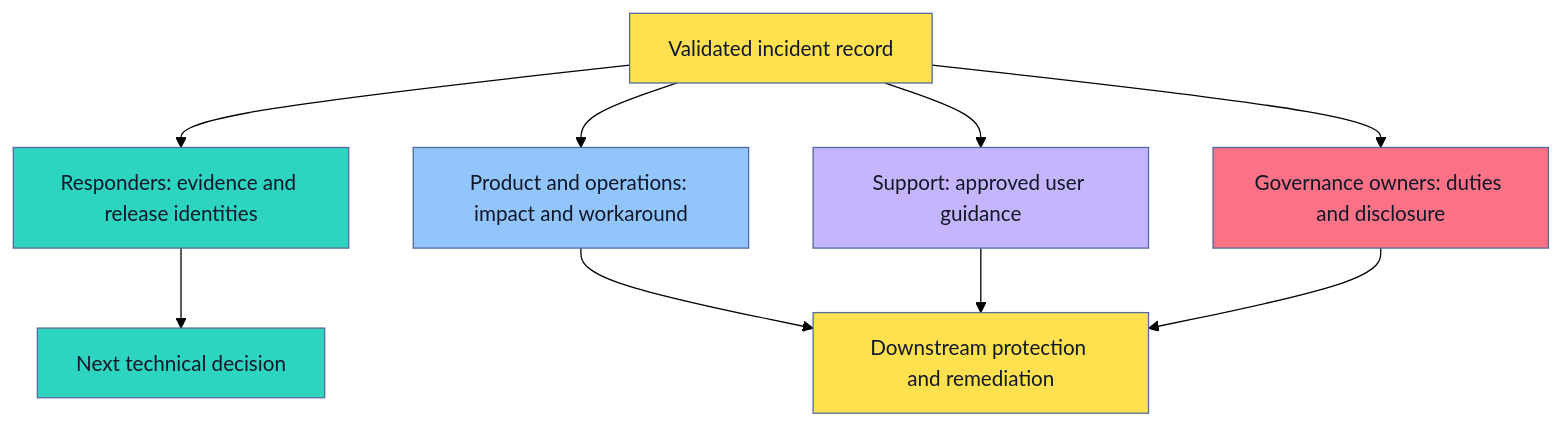
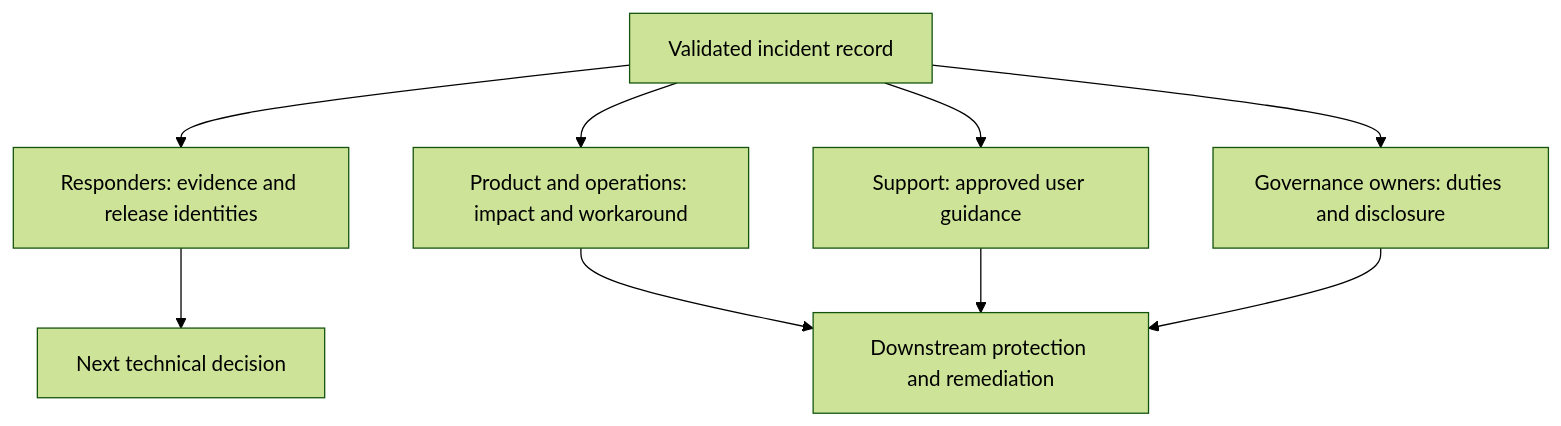
Before and after one commit to senlinyy/dev-roadmaps: the eighth of 9 diagrams in roadmaps/mlops/modules/deployment-and-release-management/rollback-and-recovery/01-ml-incident-response-basics.md, drawn with Mermaid (forest theme). The commit also changed other lines of this file and 152 other files, not shown here.

Commit message:
feat: mlops and diagrams updated

````diff
--- a/roadmaps/mlops/modules/deployment-and-release-management/rollback-and-recovery/01-ml-incident-response-basics.md
+++ b/roadmaps/mlops/modules/deployment-and-release-management/rollback-and-recovery/01-ml-incident-response-basics.md
@@ -407,19 +406,19 @@
 ```mermaid
 flowchart TD
     A["Validated incident record"] --> B["Responders: evidence and release identities"]
     A --> C["Product and operations: impact and workaround"]
     A --> D["Support: approved user guidance"]
     A --> E["Governance owners: duties and disclosure"]
     B --> F["Next technical decision"]
     C --> G["Downstream protection and remediation"]
     D --> G
     E --> G
 
-    style A fill:#FFE04F,stroke:#536A9A,color:#111827
-    style B fill:#2DD4BF,stroke:#536A9A,color:#111827
-    style C fill:#93C5FD,stroke:#536A9A,color:#111827
-    style D fill:#C4B5FD,stroke:#536A9A,color:#111827
-    style E fill:#FB7185,stroke:#536A9A,color:#111827
-    style F fill:#2DD4BF,stroke:#536A9A,color:#111827
-    style G fill:#FFE04F,stroke:#536A9A,color:#111827
+    class A dp-mermaid-primary
+    class B dp-mermaid-secondary
+    class C dp-mermaid-tertiary
+    class D dp-mermaid-quaternary
+    class E dp-mermaid-primary
+    class F dp-mermaid-secondary
+    class G dp-mermaid-primary
 ```
````
